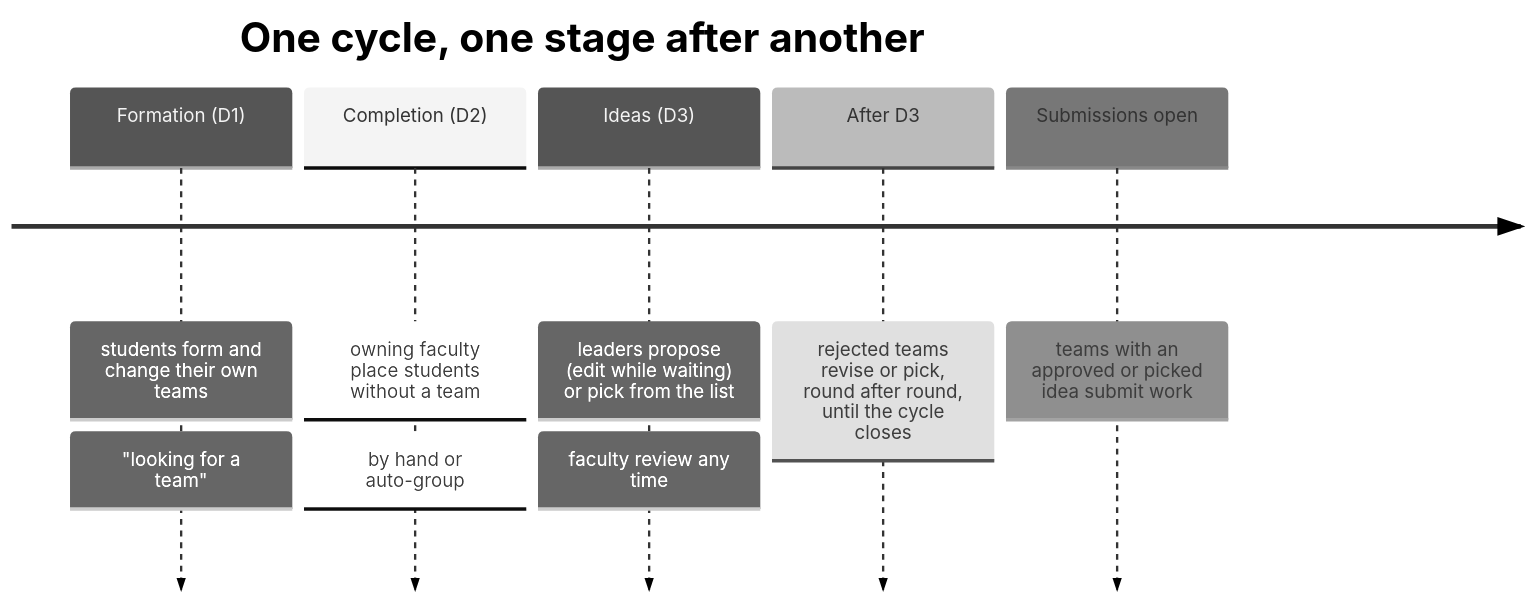
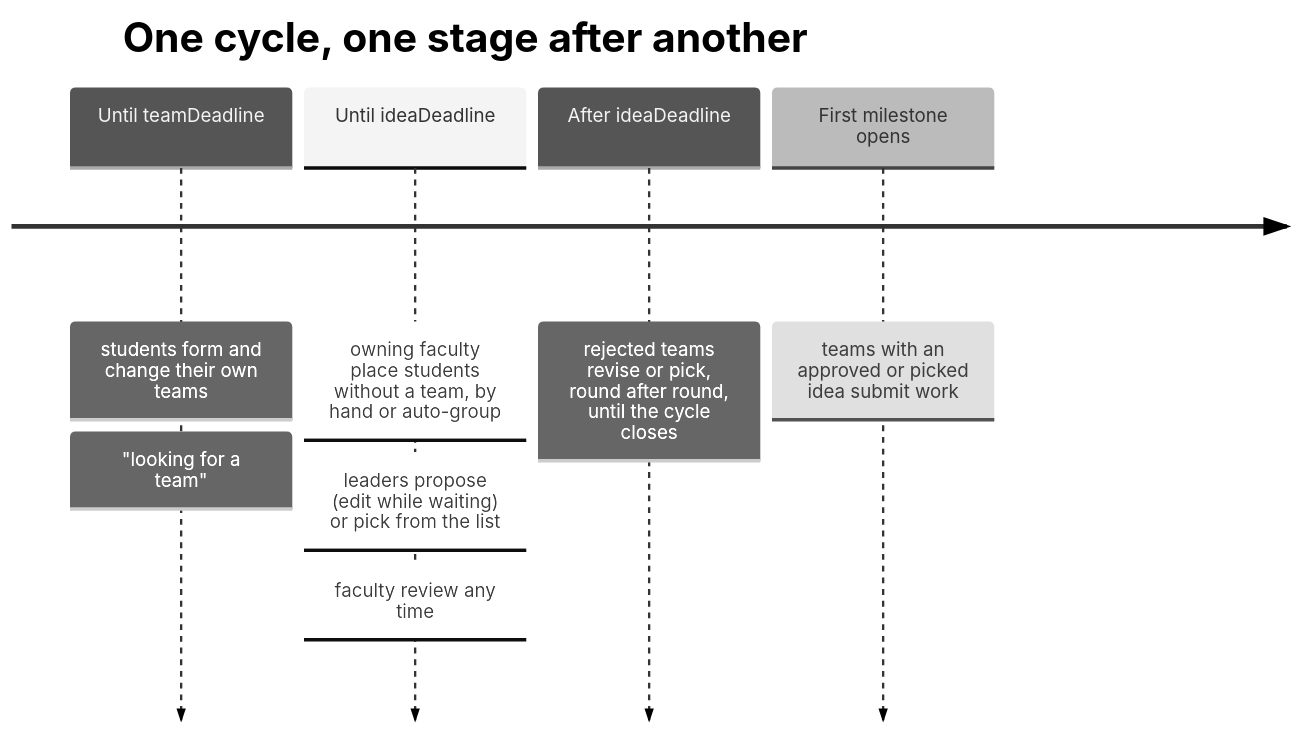
The first of 4 diagrams in docs/architecture/ideas.md (AmanKumar1411/flowforge), drawn with Mermaid (neutral theme) before and after one commit. The commit also changed other lines of this file and 4 other files, not shown here.

First line of the commit message:
docs(lld): sequence, activity and state diagrams

````diff
--- a/docs/architecture/ideas.md
+++ b/docs/architecture/ideas.md
@@ -32,12 +32,11 @@
 ```mermaid
 timeline
   title One cycle, one stage after another
-  Formation (D1) : students form and change their own teams
-                 : "looking for a team"
-  Completion (D2) : owning faculty place students without a team
-                  : by hand or auto-group
-  Ideas (D3) : leaders propose (edit while waiting) or pick from the list
-             : faculty review any time
-  After D3 : rejected teams revise or pick, round after round, until the cycle closes
-  Submissions open : teams with an approved or picked idea submit work
+  Until teamDeadline : students form and change their own teams
+                     : "looking for a team"
+  Until ideaDeadline : owning faculty place students without a team, by hand or auto-group
+                     : leaders propose (edit while waiting) or pick from the list
+                     : faculty review any time
+  After ideaDeadline : rejected teams revise or pick, round after round, until the cycle closes
+  First milestone opens : teams with an approved or picked idea submit work
 ```
````
